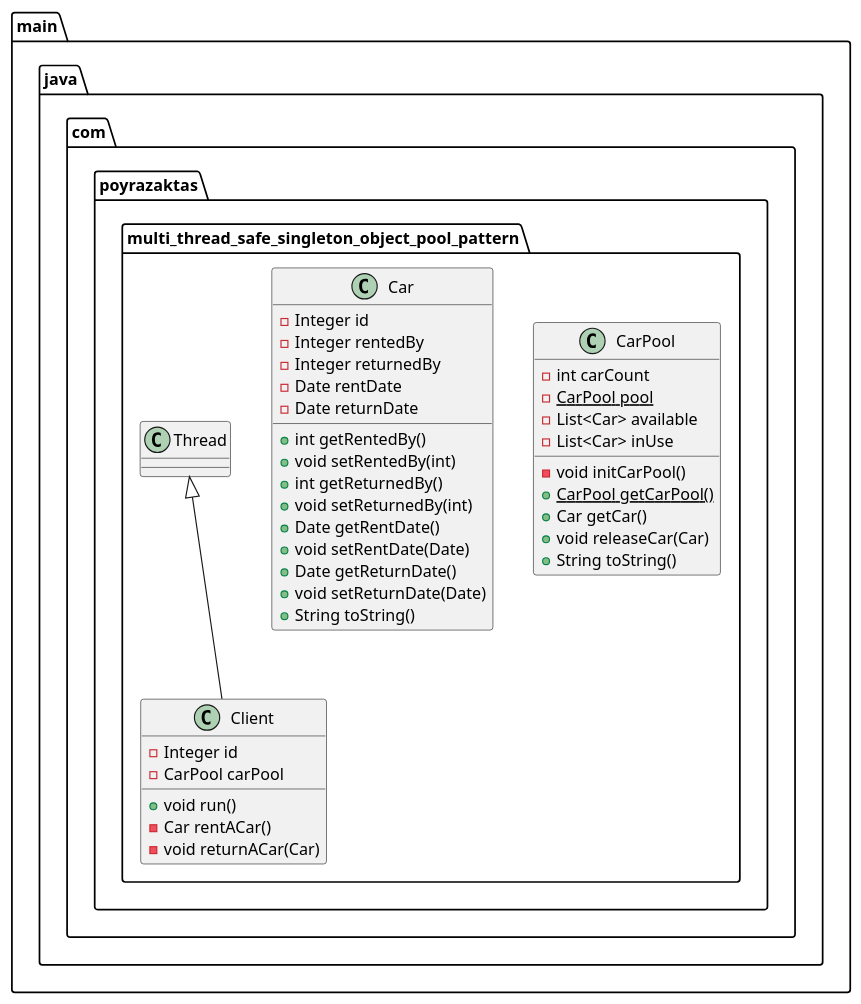
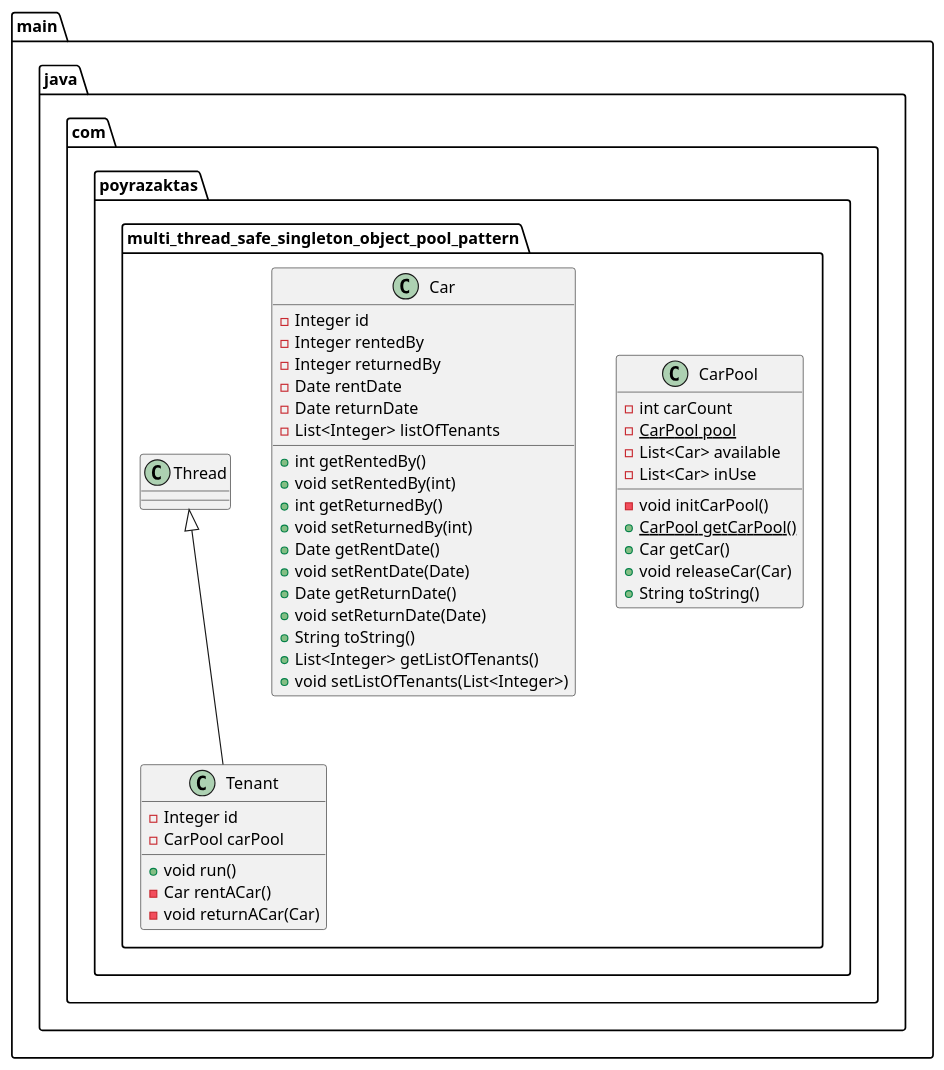
One commit to poyrazaktas/multi-thread-safe-singleton-object-pool-pattern changed the diagram in car-pool-project.puml. Above: the diagram before and after it, drawn with PlantUML. The commit also changed 4 other files, not shown here.

```diff
--- a/car-pool-project.puml
+++ b/car-pool-project.puml
@@ -1,39 +1,42 @@
 @startuml
-class main.java.com.poyrazaktas.multi_thread_safe_singleton_object_pool_pattern.Client {
-- Integer id
-- CarPool carPool
-+ void run()
-- Car rentACar()
-- void returnACar(Car)
-}
 class main.java.com.poyrazaktas.multi_thread_safe_singleton_object_pool_pattern.CarPool {
 - int carCount
 - {static} CarPool pool
 - List<Car> available
 - List<Car> inUse
 - void initCarPool()
 + {static} CarPool getCarPool()
 + Car getCar()
 + void releaseCar(Car)
 + String toString()
 }
+class main.java.com.poyrazaktas.multi_thread_safe_singleton_object_pool_pattern.Tenant {
+- Integer id
+- CarPool carPool
++ void run()
+- Car rentACar()
+- void returnACar(Car)
+}
 class main.java.com.poyrazaktas.multi_thread_safe_singleton_object_pool_pattern.Car {
 - Integer id
 - Integer rentedBy
 - Integer returnedBy
 - Date rentDate
 - Date returnDate
+- List<Integer> listOfTenants
 + int getRentedBy()
 + void setRentedBy(int)
 + int getReturnedBy()
 + void setReturnedBy(int)
 + Date getRentDate()
 + void setRentDate(Date)
 + Date getReturnDate()
 + void setReturnDate(Date)
 + String toString()
++ List<Integer> getListOfTenants()
++ void setListOfTenants(List<Integer>)
 }
 
 
-main.java.com.poyrazaktas.multi_thread_safe_singleton_object_pool_pattern.Thread <|-- main.java.com.poyrazaktas.multi_thread_safe_singleton_object_pool_pattern.Client
+main.java.com.poyrazaktas.multi_thread_safe_singleton_object_pool_pattern.Thread <|-- main.java.com.poyrazaktas.multi_thread_safe_singleton_object_pool_pattern.Tenant
 @enduml
```
